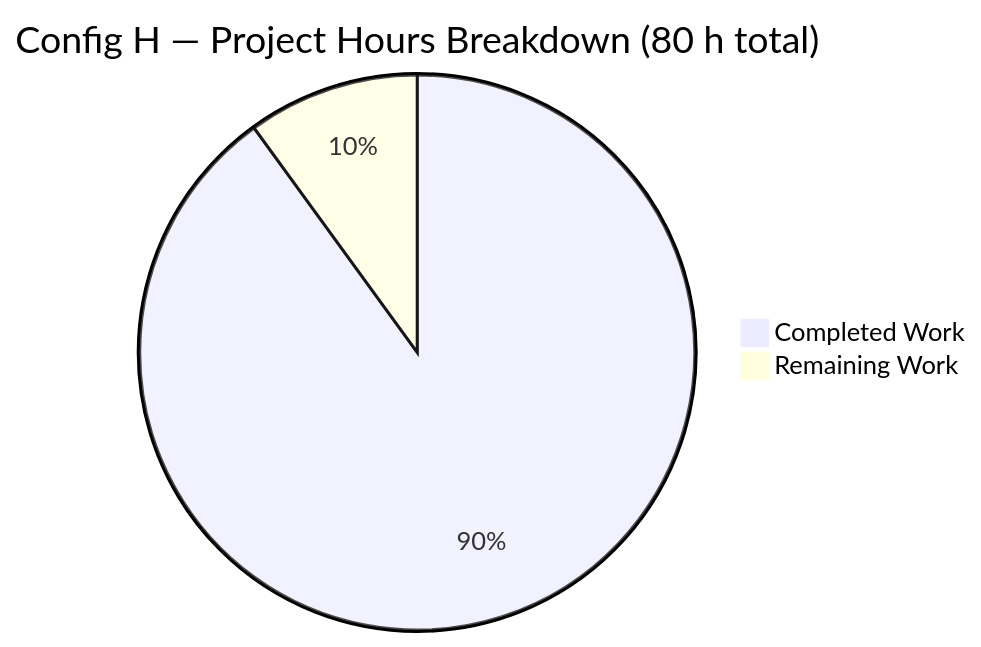
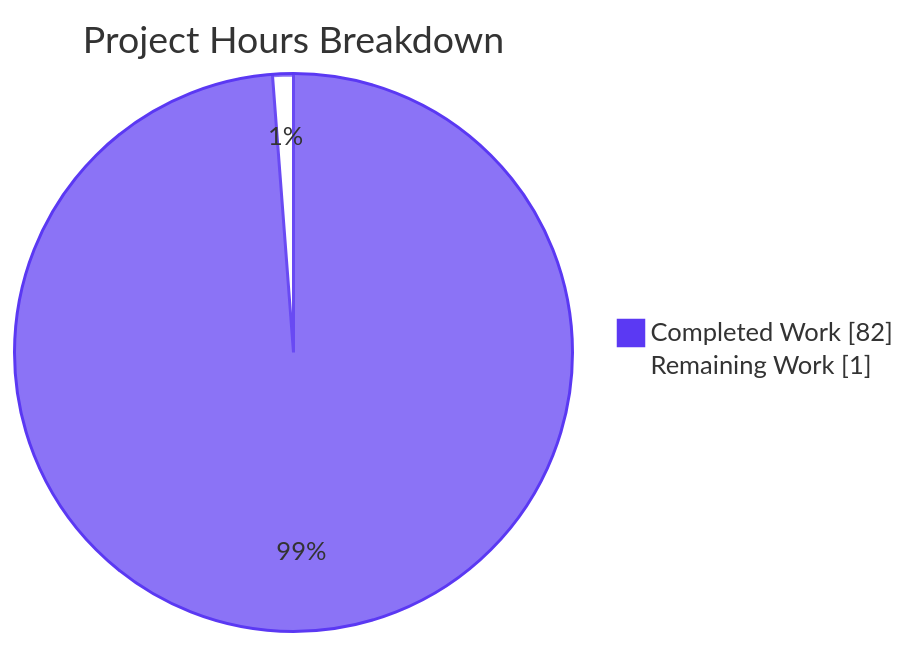
The second of 5 diagrams in blitzy/documentation/Project Guide.md (Blitzy-Sandbox/blitzy-odoo), drawn with Mermaid before and after one commit. The commit also changed other lines of this file, not shown here.

Commit message:
Adding Blitzy Project Guide: Project Status and Human Tasks Remaining

````diff
--- a/blitzy/documentation/Project Guide.md
+++ b/blitzy/documentation/Project Guide.md
@@ -249,5 +230,6 @@
 ```mermaid
-pie title Config H — Project Hours Breakdown (80 h total)
-    "Completed Work" : 72
-    "Remaining Work" : 8
+%%{init: {'theme':'base','themeVariables':{'pie1':'#5B39F3','pie2':'#FFFFFF','pieStrokeColor':'#5B39F3','pieOuterStrokeColor':'#5B39F3'}}}%%
+pie showData title Project Hours Breakdown
+    "Completed Work" : 82
+    "Remaining Work" : 1
 ```
````
